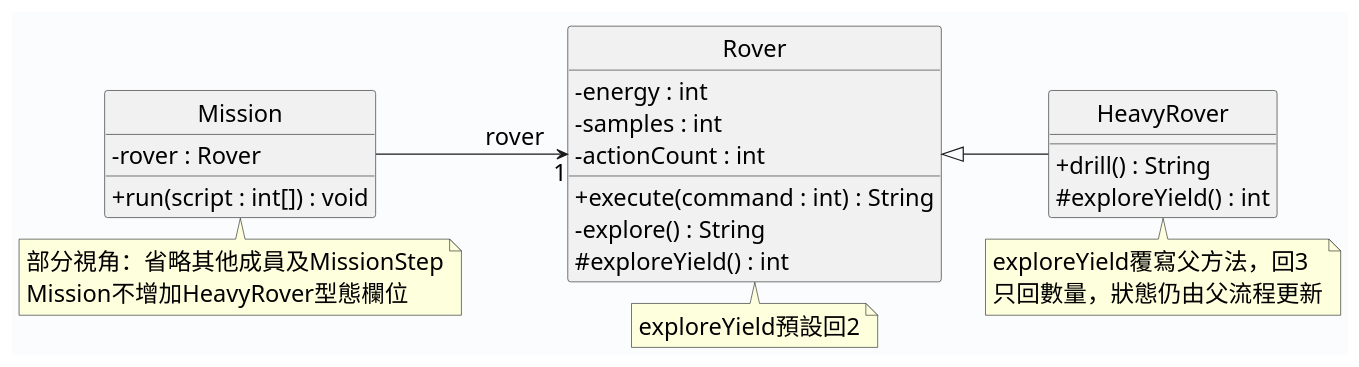
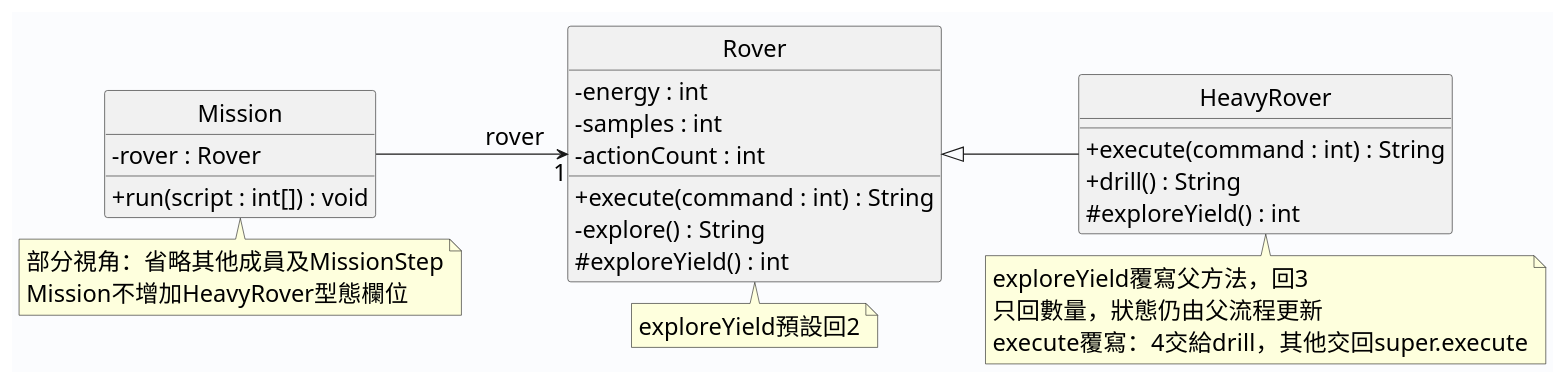
The diagram in week08/codex版本/diagrams/dispatch_reference.puml (shuochenghu/115_1_Java_Tutorial), drawn with PlantUML before and after one commit. The commit also changed 44 other files, not shown here.

```diff
--- a/week08/codex版本/diagrams/dispatch_reference.puml
+++ b/week08/codex版本/diagrams/dispatch_reference.puml
@@ -1,37 +1,39 @@
 @startuml
 !pragma layout smetana
 skinparam classAttributeIconSize 0
 skinparam defaultFontName Microsoft JhengHei
 skinparam defaultFontSize 20
 skinparam backgroundColor #FBFCFE
 hide circle
 left to right direction
 
 class Rover {
   - energy : int
   - samples : int
   - actionCount : int
   + execute(command : int) : String
   - explore() : String
   # exploreYield() : int
 }
 class HeavyRover {
+  + execute(command : int) : String
   + drill() : String
   # exploreYield() : int
 }
 class Mission {
   - rover : Rover
   + run(script : int[]) : void
 }
 Rover <|-- HeavyRover
 Mission --> "1" Rover : rover
 note bottom of HeavyRover
 exploreYield覆寫父方法，回3
 只回數量，狀態仍由父流程更新
+execute覆寫：4交給drill，其他交回super.execute
 end note
 note bottom of Rover : exploreYield預設回2
 note bottom of Mission
 部分視角：省略其他成員及MissionStep
 Mission不增加HeavyRover型態欄位
 end note
 @enduml
```
